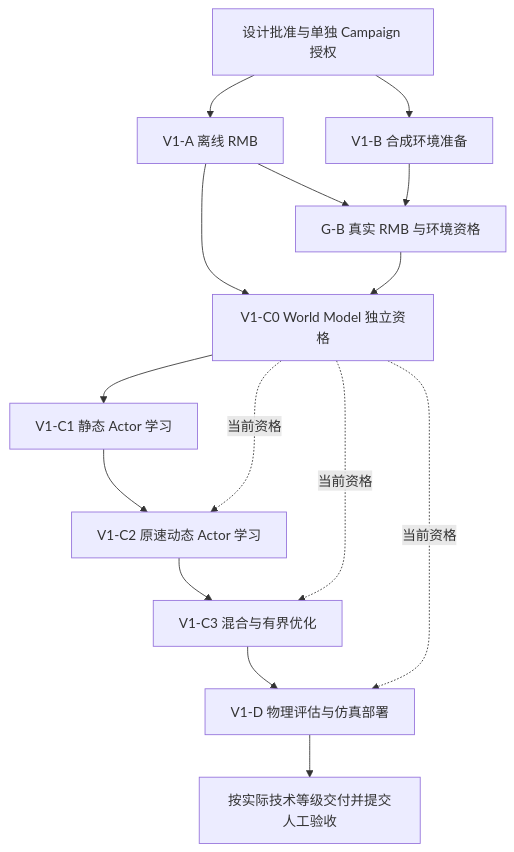
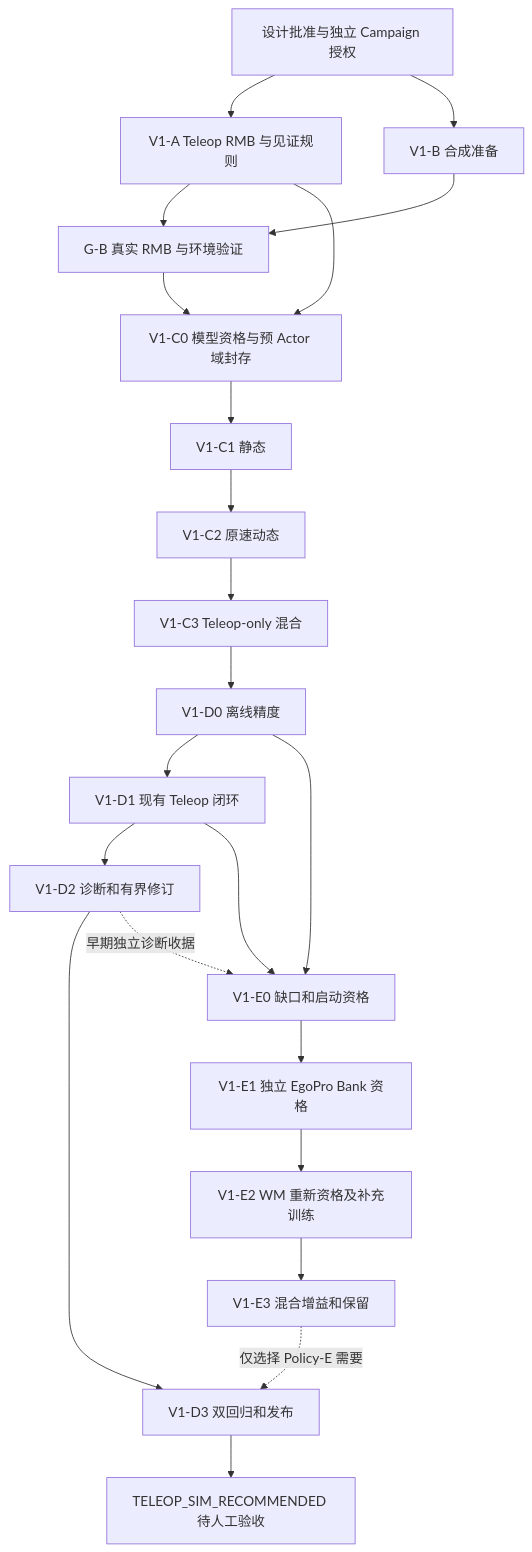
One commit to FEGkkd/dexgym changed the diagram in docs/s0-5/ROADMAP.md. Above: the diagram before and after it, drawn with Mermaid. The commit also changed other lines of this file and 49 other files, not shown here.

First line of the commit message:
Prepare S0-5 v2.0.1 Teleop validation and EgoPro design

````diff
--- a/docs/s0-5/ROADMAP.md
+++ b/docs/s0-5/ROADMAP.md
@@ -7,17 +5,24 @@
 ```mermaid
 flowchart TD
-  S[设计批准与单独 Campaign 授权] --> A[V1-A 离线 RMB]
-  S --> BP[V1-B 合成环境准备]
-  A --> B[G-B 真实 RMB 与环境资格]
-  BP --> B
-  A --> C0[V1-C0 World Model 独立资格]
-  B --> C0
-  C0 --> C1[V1-C1 静态 Actor 学习]
-  C1 --> C2[V1-C2 原速动态 Actor 学习]
-  C2 --> C3[V1-C3 混合与有界优化]
-  C3 --> D[V1-D 物理评估与仿真部署]
-  C0 -. 当前资格 .-> C2
-  C0 -. 当前资格 .-> C3
-  C0 -. 当前资格 .-> D
-  D --> R[按实际技术等级交付并提交人工验收]
+  S[设计批准与独立 Campaign 授权] --> A[V1-A Teleop RMB 与见证规则]
+  S --> P[V1-B 合成准备]
+  A --> B[G-B 真实 RMB 与环境验证]
+  P --> B
+  B --> W[V1-C0 模型资格与预 Actor 域封存]
+  A --> W
+  W --> C1[V1-C1 静态]
+  C1 --> C2[V1-C2 原速动态]
+  C2 --> C3[V1-C3 Teleop-only 混合]
+  C3 --> D0[V1-D0 离线精度]
+  D0 --> D1[V1-D1 现有 Teleop 闭环]
+  D1 --> D2[V1-D2 诊断和有界修订]
+  D2 --> D3[V1-D3 双回归和发布]
+  D2 -. 早期独立诊断收据 .-> E0[V1-E0 缺口和启动资格]
+  D0 --> E0
+  D1 --> E0
+  E0 --> E1[V1-E1 独立 EgoPro Bank 资格]
+  E1 --> E2[V1-E2 WM 重新资格及补充训练]
+  E2 --> E3[V1-E3 混合增益和保留]
+  E3 -. 仅选择 Policy-E 需要 .-> D3
+  D3 --> R[TELEOP_SIM_RECOMMENDED 待人工验收]
 ```
````
